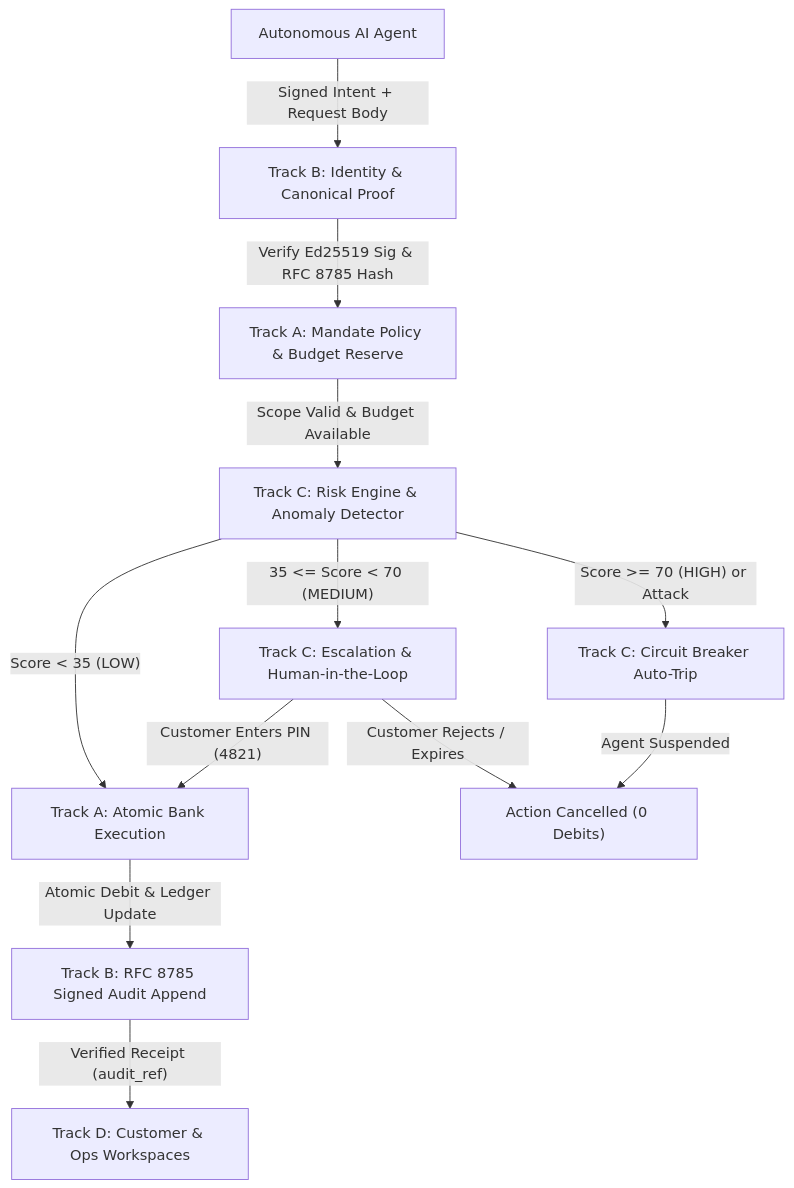
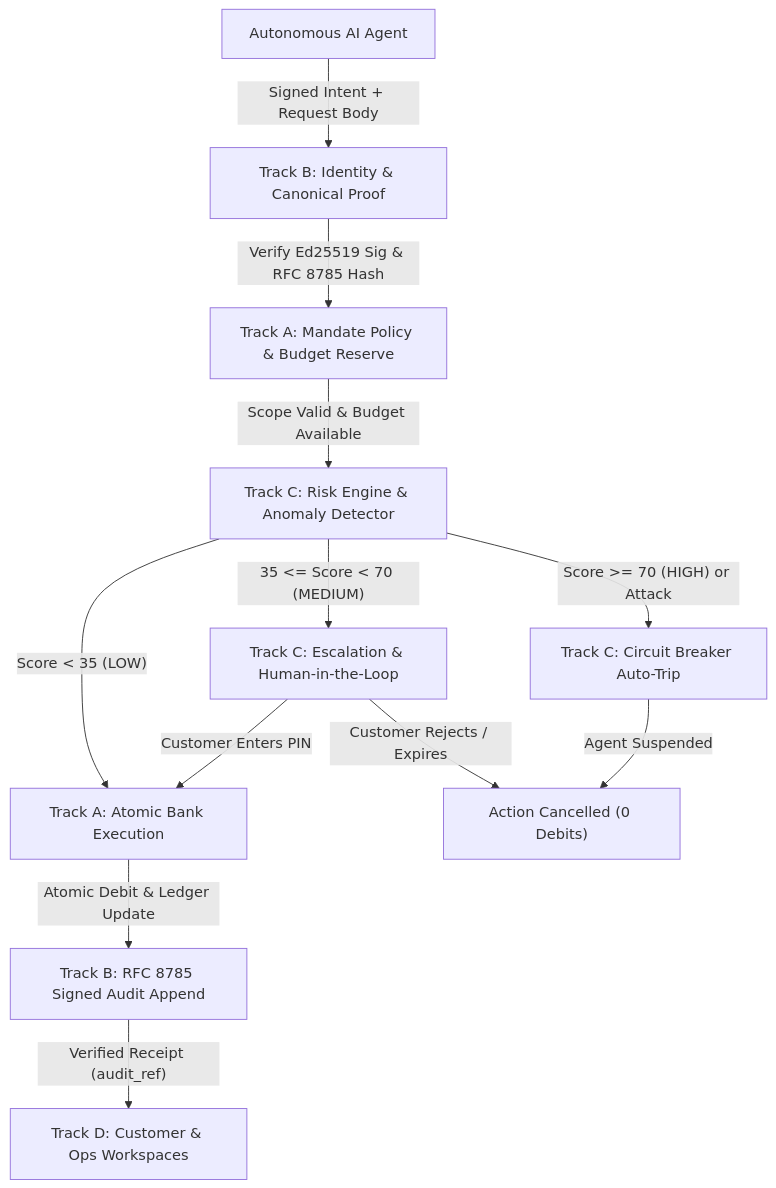
One commit to syedsaqif/AgentGate changed the diagram in README.md. Above: the diagram before and after it, drawn with Mermaid. The commit also changed other lines of this file and 5 other files, not shown here.

````diff
--- a/README.md
+++ b/README.md
@@ -31,17 +31,17 @@
 ```mermaid
 flowchart TD
     Agent["Autonomous AI Agent"] -->|"Signed Intent + Request Body"| G1["Track B: Identity & Canonical Proof"]
     G1 -->|"Verify Ed25519 Sig & RFC 8785 Hash"| G2["Track A: Mandate Policy & Budget Reserve"]
     G2 -->|"Scope Valid & Budget Available"| G3["Track C: Risk Engine & Anomaly Detector"]
     
     G3 -->|"Score < 35 (LOW)"| Exec["Track A: Atomic Bank Execution"]
     G3 -->|"35 <= Score < 70 (MEDIUM)"| Esc["Track C: Escalation & Human-in-the-Loop"]
     G3 -->|"Score >= 70 (HIGH) or Attack"| Trip["Track C: Circuit Breaker Auto-Trip"]
     
-    Esc -->|"Customer Enters PIN (4821)"| Exec
+    Esc -->|"Customer Enters PIN"| Exec
     Esc -->|"Customer Rejects / Expires"| Fail["Action Cancelled (0 Debits)"]
     Trip -->|"Agent Suspended"| Fail
     
     Exec -->|"Atomic Debit & Ledger Update"| Audit["Track B: RFC 8785 Signed Audit Append"]
     Audit -->|"Verified Receipt (audit_ref)"| CustOps["Track D: Customer & Ops Workspaces"]
 ```
````
